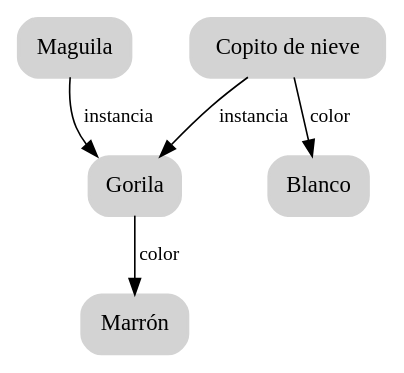
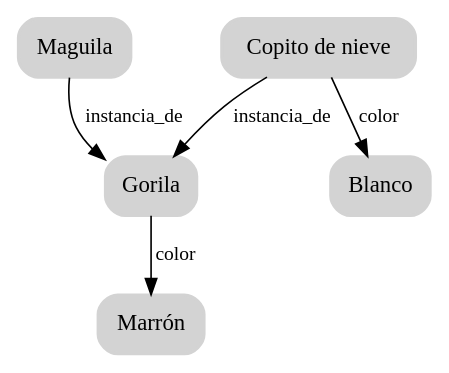
The diagram in dot/graph10.dot (masterdatascienceifca/semantic-networks), drawn with Graphviz before and after one commit. The commit also changed 24 other files, not shown here.

```diff
--- a/dot/graph10.dot
+++ b/dot/graph10.dot
@@ -1,18 +1,18 @@
 digraph ejemplo {
 node  [style="rounded,filled,bold", shape=box, fontname="Nimbus", color="lightgray"];
 edge  [fontname="Nimbus" weight=2, fontsize=12]
 
-A -> B [ label = "instancia"];
-D -> B [ label = "instancia"];
+A -> B [ label = "instancia_de"];
+D -> B [ label = "instancia_de"];
 B -> C [ label = "color"];
 D -> E [ label = "color"];
 
 
 A [label="Maguila"];
 B [label="Gorila"];
 C [label="Marrón"];
 D [label="Copito de nieve"];
 E [label="Blanco"];
 
 
 }
```
